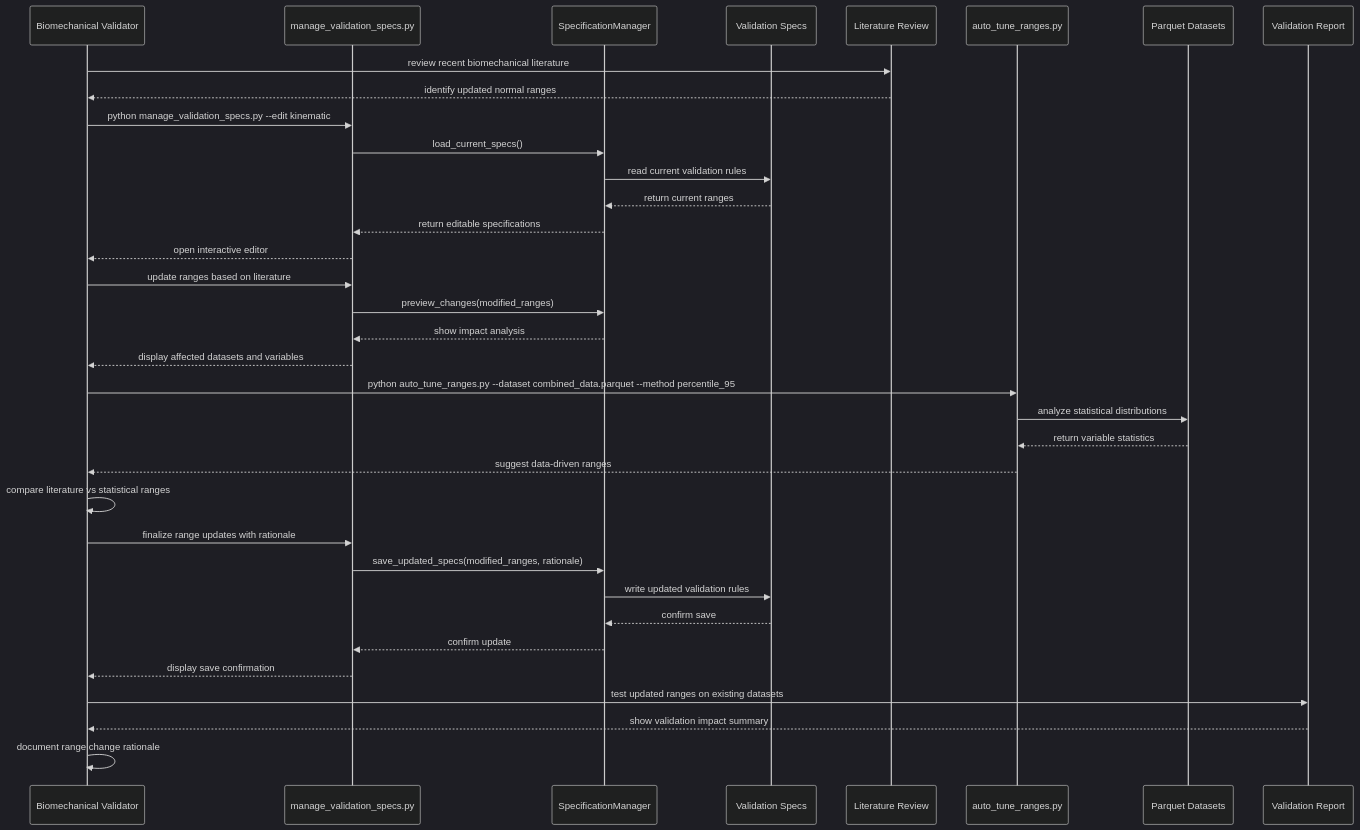
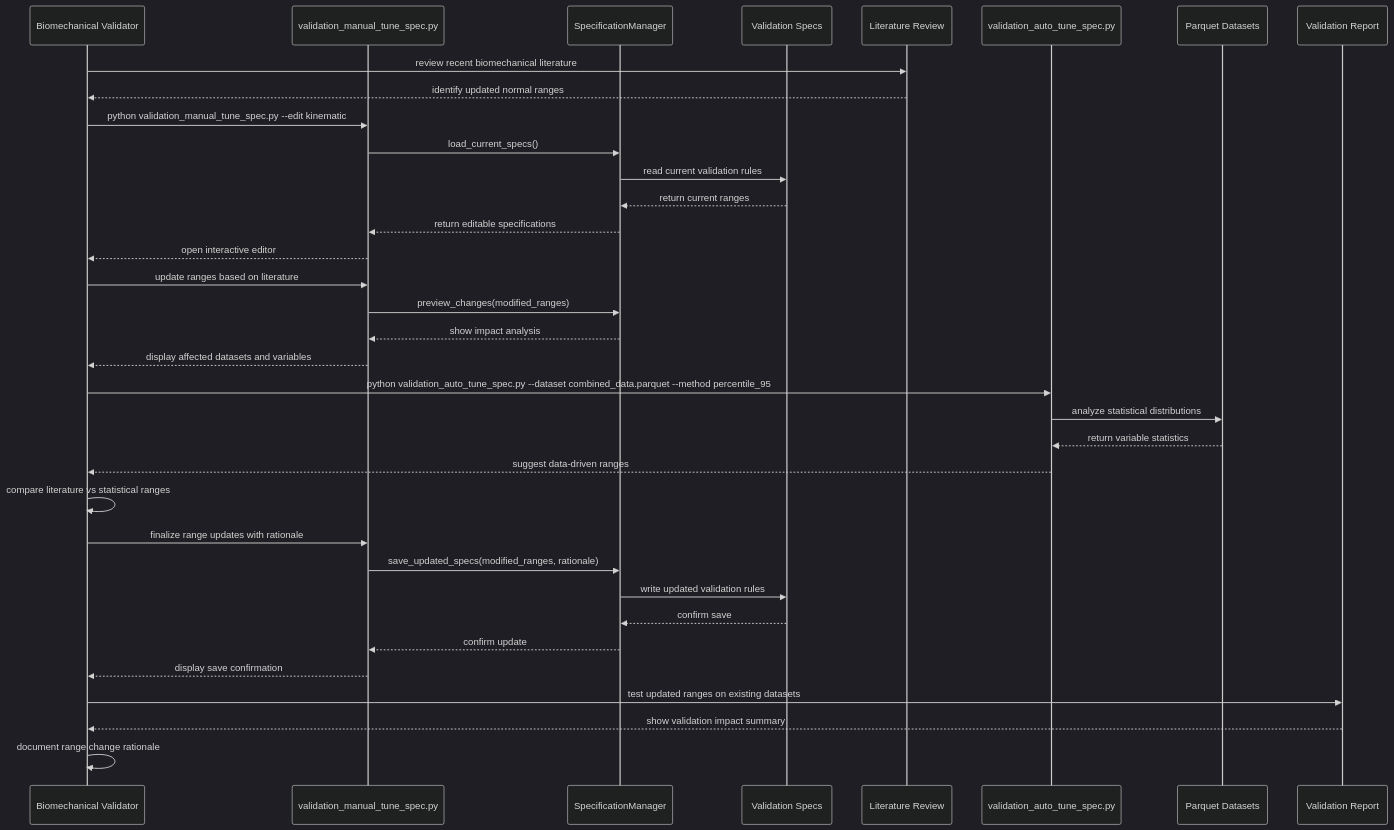
Before and after one commit to jmontp/LocoHub: the second of 4 diagrams in docs/software_engineering/06_sequence_workflows.md, drawn with Mermaid. The commit also changed other lines of this file and 2 other files, not shown here.

````diff
--- a/docs/software_engineering/06_sequence_workflows.md
+++ b/docs/software_engineering/06_sequence_workflows.md
@@ -74,44 +74,44 @@
 ```mermaid
 %%{init: {'theme': 'dark'}}%%
 sequenceDiagram
     participant BV as Biomechanical Validator
-    participant MS as manage_validation_specs.py
+    participant MS as validation_manual_tune_spec.py
     participant SM as SpecificationManager
     participant VS as Validation Specs
     participant LT as Literature Review
-    participant AT as auto_tune_ranges.py
+    participant AT as validation_auto_tune_spec.py
     participant PD as Parquet Datasets
     participant VR as Validation Report
 
     BV->>LT: review recent biomechanical literature
     LT-->>BV: identify updated normal ranges
     
-    BV->>MS: python manage_validation_specs.py --edit kinematic
+    BV->>MS: python validation_manual_tune_spec.py --edit kinematic
     MS->>SM: load_current_specs()
     SM->>VS: read current validation rules
     VS-->>SM: return current ranges
     SM-->>MS: return editable specifications
     MS-->>BV: open interactive editor
     
     BV->>MS: update ranges based on literature
     MS->>SM: preview_changes(modified_ranges)
     SM-->>MS: show impact analysis
     MS-->>BV: display affected datasets and variables
     
-    BV->>AT: python auto_tune_ranges.py --dataset combined_data.parquet --method percentile_95
+    BV->>AT: python validation_auto_tune_spec.py --dataset combined_data.parquet --method percentile_95
     AT->>PD: analyze statistical distributions
     PD-->>AT: return variable statistics
     AT-->>BV: suggest data-driven ranges
     
     BV->>BV: compare literature vs statistical ranges
     BV->>MS: finalize range updates with rationale
     MS->>SM: save_updated_specs(modified_ranges, rationale)
     SM->>VS: write updated validation rules
     VS-->>SM: confirm save
     SM-->>MS: confirm update
     MS-->>BV: display save confirmation
     
     BV->>VR: test updated ranges on existing datasets
     VR-->>BV: show validation impact summary
     BV->>BV: document range change rationale
 ```
````
